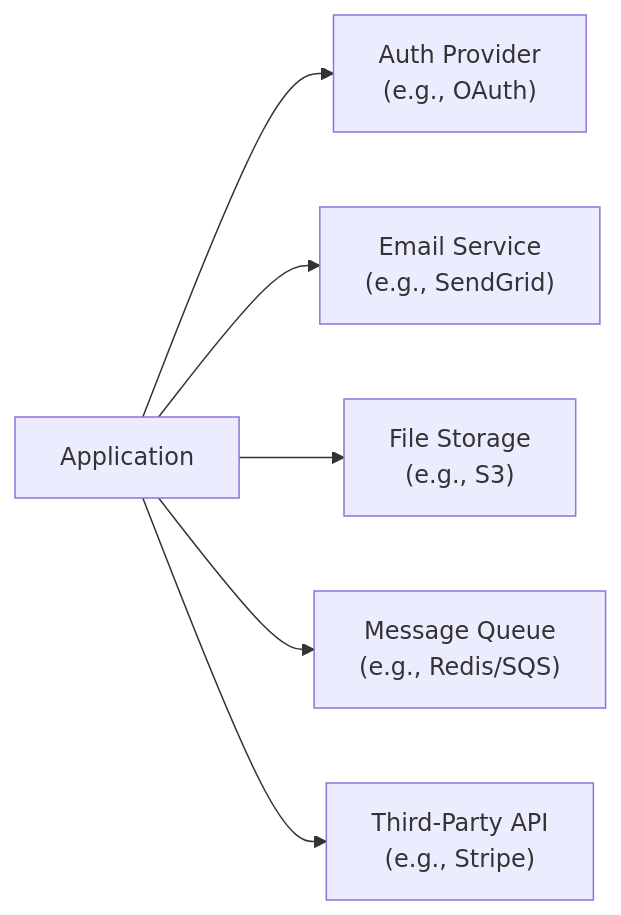
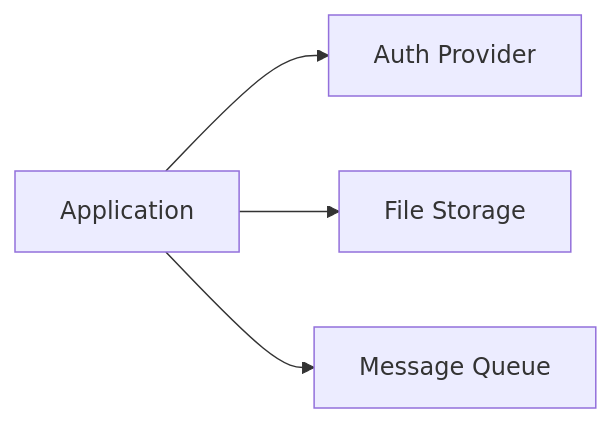
One commit to mayurpise/draft changed the fourth of 5 diagrams in core/templates/architecture.md. Above: the diagram before and after it, drawn with Mermaid. The commit also changed other lines of this file and 32 other files, not shown here.

````diff
--- a/core/templates/architecture.md
+++ b/core/templates/architecture.md
@@ -161,8 +136,6 @@
 ```mermaid
 graph LR
-    App["Application"] --> Auth["Auth Provider\n(e.g., OAuth)"]
-    App --> Email["Email Service\n(e.g., SendGrid)"]
-    App --> Storage["File Storage\n(e.g., S3)"]
-    App --> Queue["Message Queue\n(e.g., Redis/SQS)"]
-    App --> ThirdParty["Third-Party API\n(e.g., Stripe)"]
+    App["Application"] --> Auth["Auth Provider"]
+    App --> Storage["File Storage"]
+    App --> Queue["Message Queue"]
 ```
````
